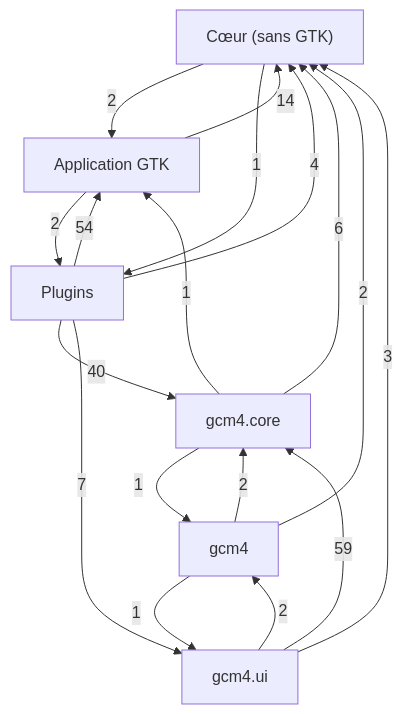
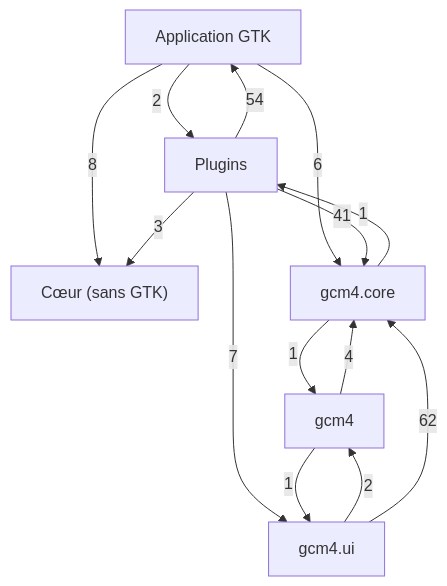
Before and after one commit to Mathilde-Team/Gcm4: the first of 7 diagrams in docs/class-diagram.md, drawn with Mermaid. The commit also changed other lines of this file and 69 other files, not shown here.

````diff
--- a/docs/class-diagram.md
+++ b/docs/class-diagram.md
@@ -21,26 +21,22 @@
 ```mermaid
 flowchart TD
     g0["Cœur (sans GTK)"]
     g1["Application GTK"]
     g2["Plugins"]
     g3["gcm4"]
     g4["gcm4.core"]
     g5["gcm4.ui"]
-    g1 -->|14| g0
+    g1 -->|8| g0
     g1 -->|2| g2
-    g0 -->|2| g1
-    g0 -->|1| g2
+    g1 -->|6| g4
     g2 -->|54| g1
-    g2 -->|4| g0
-    g2 -->|40| g4
+    g2 -->|3| g0
+    g2 -->|41| g4
     g2 -->|7| g5
-    g3 -->|2| g0
-    g3 -->|2| g4
+    g3 -->|4| g4
     g3 -->|1| g5
-    g4 -->|1| g1
-    g4 -->|6| g0
+    g4 -->|1| g2
     g4 -->|1| g3
-    g5 -->|3| g0
     g5 -->|2| g3
-    g5 -->|59| g4
+    g5 -->|62| g4
 ```
````
